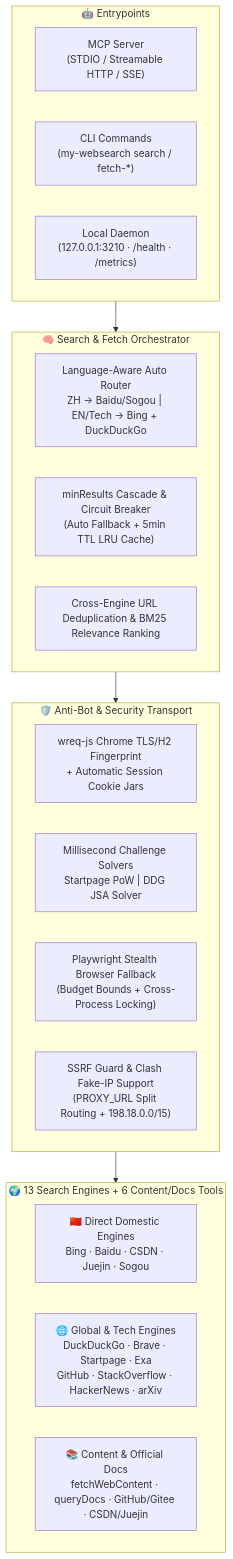
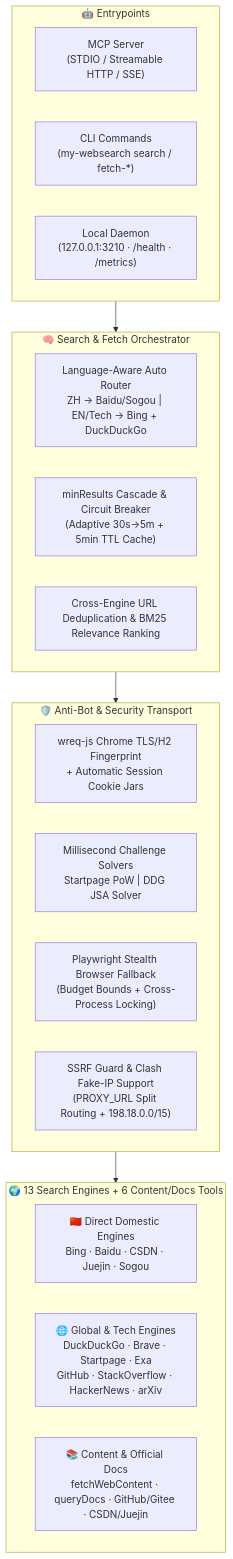
The diagram in README.md (wtznicy/my-websearch), drawn with Mermaid before and after one commit. The commit also changed other lines of this file and 36 other files, not shown here.

````diff
--- a/README.md
+++ b/README.md
@@ -47,31 +47,31 @@
 ```mermaid
 flowchart TB
     subgraph Clients["🤖 Entrypoints"]
         MCP["MCP Server<br/>(STDIO / Streamable HTTP / SSE)"]
         CLI["CLI Commands<br/>(my-websearch search / fetch-*)"]
         Daemon["Local Daemon<br/>(127.0.0.1:3210 · /health · /metrics)"]
     end
 
     subgraph Core["🧠 Search & Fetch Orchestrator"]
         Router["Language-Aware Auto Router<br/>ZH → Baidu/Sogou | EN/Tech → Bing + DuckDuckGo"]
-        Cascade["minResults Cascade & Circuit Breaker<br/>(Auto Fallback + 5min TTL LRU Cache)"]
+        Cascade["minResults Cascade & Circuit Breaker<br/>(Adaptive 30s→5m + 5min TTL Cache)"]
         Ranker["Cross-Engine URL Deduplication & BM25 Relevance Ranking"]
     end
 
     subgraph Transport["🛡️ Anti-Bot & Security Transport"]
         Wreq["wreq-js Chrome TLS/H2 Fingerprint<br/>+ Automatic Session Cookie Jars"]
         Solvers["Millisecond Challenge Solvers<br/>Startpage PoW | DDG JSA Solver"]
         PW["Playwright Stealth Browser Fallback<br/>(Budget Bounds + Cross-Process Locking)"]
         Guard["SSRF Guard & Clash Fake-IP Support<br/>(PROXY_URL Split Routing + 198.18.0.0/15)"]
     end
 
     subgraph Engines["🌍 13 Search Engines + 6 Content/Docs Tools"]
         CN["🇨🇳 Direct Domestic Engines<br/>Bing · Baidu · CSDN · Juejin · Sogou"]
         INTL["🌐 Global & Tech Engines<br/>DuckDuckGo · Brave · Startpage · Exa<br/>GitHub · StackOverflow · HackerNews · arXiv"]
         Docs["📚 Content & Official Docs<br/>fetchWebContent · queryDocs · GitHub/Gitee · CSDN/Juejin"]
     end
 
     Clients --> Core
     Core --> Transport
     Transport --> Engines
 ```
````
